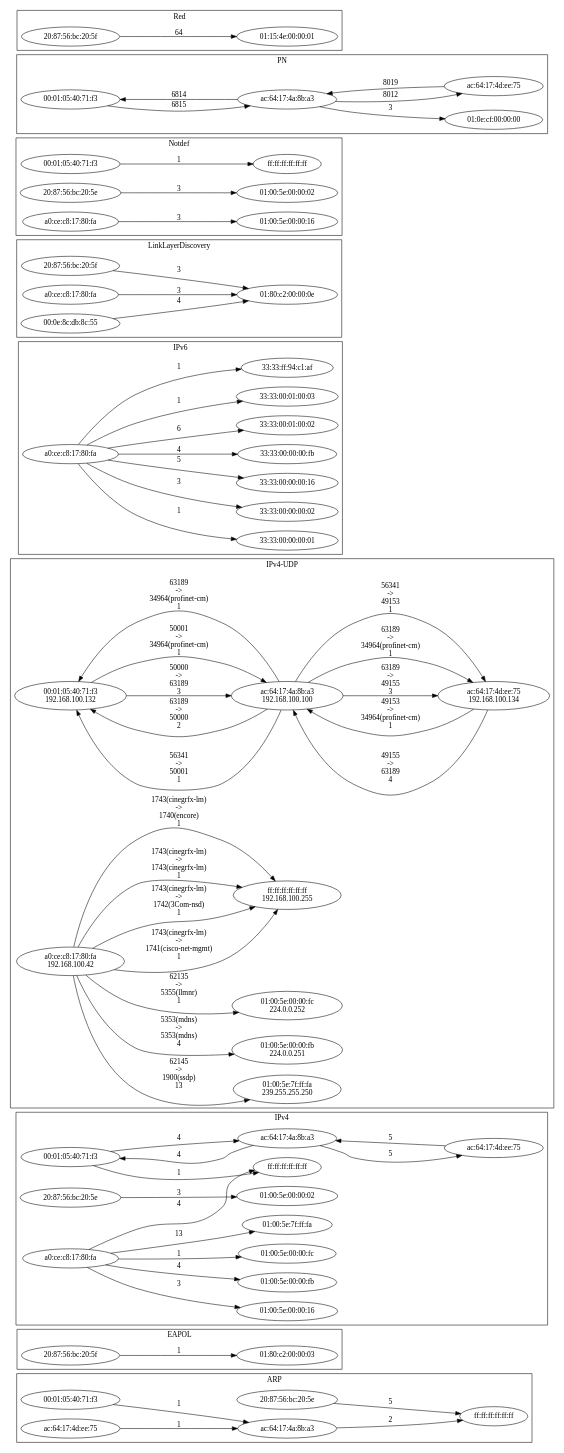
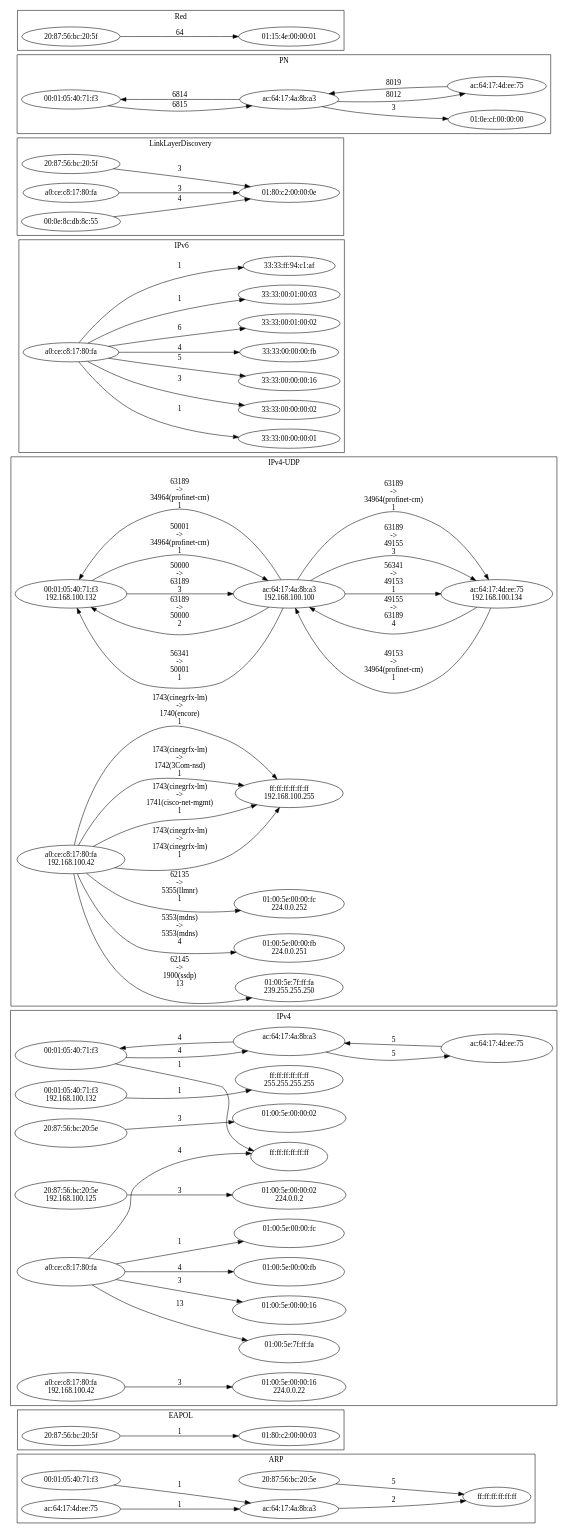
One commit to profAW/neTTool changed the diagram in results/networkgraph.gv. Above: the diagram before and after it, drawn with Graphviz. The commit also changed 15 other files, not shown here.

```diff
--- a/results/networkgraph.gv
+++ b/results/networkgraph.gv
@@ -1,148 +1,148 @@
 digraph  {
  rankdir= LR;
 
 	subgraph cluster_s1 {
 		label="ARP";
-		n46[label="00:01:05:40:71:f3"];
-		n11[label="20:87:56:bc:20:5e"];
-		n38[label="ac:64:17:4a:8b:a3"];
-		n43[label="ac:64:17:4d:ee:75"];
-		n12[label="ff:ff:ff:ff:ff:ff"];
-		n46->n38[label="1"];
-		n11->n12[label="5"];
-		n38->n12[label="2"];
-		n43->n38[label="1"];
+		n47[label="00:01:05:40:71:f3"];
+		n53[label="20:87:56:bc:20:5e"];
+		n43[label="ac:64:17:4a:8b:a3"];
+		n42[label="ac:64:17:4d:ee:75"];
+		n54[label="ff:ff:ff:ff:ff:ff"];
+		n47->n43[label="1"];
+		n53->n54[label="5"];
+		n43->n54[label="2"];
+		n42->n43[label="1"];
 		
 	}
 	subgraph cluster_s8 {
 		label="EAPOL";
-		n23[label="01:80:c2:00:00:03"];
-		n22[label="20:87:56:bc:20:5f"];
-		n22->n23[label="1"];
+		n25[label="01:80:c2:00:00:03"];
+		n24[label="20:87:56:bc:20:5f"];
+		n24->n25[label="1"];
 		
 	}
 	subgraph cluster_s2 {
 		label="IPv4";
-		n20[label="00:01:05:40:71:f3"];
-		n33[label="01:00:5e:00:00:02"];
-		n55[label="01:00:5e:00:00:16"];
-		n36[label="01:00:5e:00:00:fb"];
-		n60[label="01:00:5e:00:00:fc"];
-		n58[label="01:00:5e:7f:ff:fa"];
-		n32[label="20:87:56:bc:20:5e"];
-		n28[label="a0:ce:c8:17:80:fa"];
-		n31[label="ac:64:17:4a:8b:a3"];
-		n53[label="ac:64:17:4d:ee:75"];
-		n21[label="ff:ff:ff:ff:ff:ff"];
-		n20->n21[label="1"];
-		n20->n31[label="4"];
-		n32->n33[label="3"];
-		n28->n21[label="4"];
-		n28->n36[label="4"];
-		n28->n55[label="3"];
-		n28->n58[label="13"];
-		n28->n60[label="1"];
-		n31->n20[label="4"];
-		n31->n53[label="5"];
-		n53->n31[label="5"];
+		n14[label="00:01:05:40:71:f3 \n "];
+		n55[label="00:01:05:40:71:f3 \n 192.168.100.132"];
+		n34[label="01:00:5e:00:00:02 \n "];
+		n36[label="01:00:5e:00:00:02 \n 224.0.0.2"];
+		n21[label="01:00:5e:00:00:16 \n "];
+		n41[label="01:00:5e:00:00:16 \n 224.0.0.22"];
+		n48[label="01:00:5e:00:00:fb \n "];
+		n20[label="01:00:5e:00:00:fc \n "];
+		n59[label="01:00:5e:7f:ff:fa \n "];
+		n33[label="20:87:56:bc:20:5e \n "];
+		n35[label="20:87:56:bc:20:5e \n 192.168.100.125"];
+		n19[label="a0:ce:c8:17:80:fa \n "];
+		n40[label="a0:ce:c8:17:80:fa \n 192.168.100.42"];
+		n13[label="ac:64:17:4a:8b:a3 \n "];
+		n18[label="ac:64:17:4d:ee:75 \n "];
+		n15[label="ff:ff:ff:ff:ff:ff \n "];
+		n56[label="ff:ff:ff:ff:ff:ff \n 255.255.255.255"];
+		n14->n15[label="1"];
+		n14->n13[label="4"];
+		n55->n56[label="1"];
+		n33->n34[label="3"];
+		n35->n36[label="3"];
+		n19->n20[label="1"];
+		n19->n21[label="3"];
+		n19->n48[label="4"];
+		n19->n15[label="4"];
+		n19->n59[label="13"];
+		n40->n41[label="3"];
+		n13->n14[label="4"];
+		n13->n18[label="5"];
+		n18->n13[label="5"];
 		
 	}
 	subgraph cluster_s4 {
 		label="IPv4-TCP";
 		
 	}
 	subgraph cluster_s3 {
 		label="IPv4-UDP";
-		n19[label="00:01:05:40:71:f3 \n 192.168.100.132"];
-		n54[label="01:00:5e:00:00:fb \n 224.0.0.251"];
-		n56[label="01:00:5e:00:00:fc \n 224.0.0.252"];
-		n47[label="01:00:5e:7f:ff:fa \n 239.255.255.250"];
-		n29[label="a0:ce:c8:17:80:fa \n 192.168.100.42"];
-		n18[label="ac:64:17:4a:8b:a3 \n 192.168.100.100"];
-		n27[label="ac:64:17:4d:ee:75 \n 192.168.100.134"];
-		n30[label="ff:ff:ff:ff:ff:ff \n 192.168.100.255"];
-		n19->n18[label="50000 \n-> \n63189 \n 3"];
-		n19->n18[label="50001 \n-> \n34964(profinet-cm) \n 1"];
-		n29->n30[label="1743(cinegrfx-lm) \n-> \n1740(encore) \n 1"];
-		n29->n30[label="1743(cinegrfx-lm) \n-> \n1741(cisco-net-mgmt) \n 1"];
-		n29->n47[label="62145 \n-> \n1900(ssdp) \n 13"];
-		n29->n54[label="5353(mdns) \n-> \n5353(mdns) \n 4"];
-		n29->n30[label="1743(cinegrfx-lm) \n-> \n1742(3Com-nsd) \n 1"];
-		n29->n56[label="62135 \n-> \n5355(llmnr) \n 1"];
-		n29->n30[label="1743(cinegrfx-lm) \n-> \n1743(cinegrfx-lm) \n 1"];
-		n18->n19[label="63189 \n-> \n34964(profinet-cm) \n 1"];
-		n18->n27[label="63189 \n-> \n49155 \n 3"];
-		n18->n27[label="63189 \n-> \n34964(profinet-cm) \n 1"];
-		n18->n19[label="56341 \n-> \n50001 \n 1"];
-		n18->n27[label="56341 \n-> \n49153 \n 1"];
-		n18->n19[label="63189 \n-> \n50000 \n 2"];
-		n27->n18[label="49155 \n-> \n63189 \n 4"];
-		n27->n18[label="49153 \n-> \n34964(profinet-cm) \n 1"];
+		n31[label="00:01:05:40:71:f3 \n 192.168.100.132"];
+		n23[label="01:00:5e:00:00:fb \n 224.0.0.251"];
+		n12[label="01:00:5e:00:00:fc \n 224.0.0.252"];
+		n50[label="01:00:5e:7f:ff:fa \n 239.255.255.250"];
+		n11[label="a0:ce:c8:17:80:fa \n 192.168.100.42"];
+		n27[label="ac:64:17:4a:8b:a3 \n 192.168.100.100"];
+		n26[label="ac:64:17:4d:ee:75 \n 192.168.100.134"];
+		n22[label="ff:ff:ff:ff:ff:ff \n 192.168.100.255"];
+		n31->n27[label="50000 \n-> \n63189 \n 3"];
+		n31->n27[label="50001 \n-> \n34964(profinet-cm) \n 1"];
+		n11->n12[label="62135 \n-> \n5355(llmnr) \n 1"];
+		n11->n22[label="1743(cinegrfx-lm) \n-> \n1740(encore) \n 1"];
+		n11->n23[label="5353(mdns) \n-> \n5353(mdns) \n 4"];
+		n11->n22[label="1743(cinegrfx-lm) \n-> \n1743(cinegrfx-lm) \n 1"];
+		n11->n50[label="62145 \n-> \n1900(ssdp) \n 13"];
+		n11->n22[label="1743(cinegrfx-lm) \n-> \n1741(cisco-net-mgmt) \n 1"];
+		n11->n22[label="1743(cinegrfx-lm) \n-> \n1742(3Com-nsd) \n 1"];
+		n27->n26[label="56341 \n-> \n49153 \n 1"];
+		n27->n31[label="63189 \n-> \n34964(profinet-cm) \n 1"];
+		n27->n26[label="63189 \n-> \n49155 \n 3"];
+		n27->n26[label="63189 \n-> \n34964(profinet-cm) \n 1"];
+		n27->n31[label="56341 \n-> \n50001 \n 1"];
+		n27->n31[label="63189 \n-> \n50000 \n 2"];
+		n26->n27[label="49153 \n-> \n34964(profinet-cm) \n 1"];
+		n26->n27[label="49155 \n-> \n63189 \n 4"];
 		
 	}
 	subgraph cluster_s5 {
 		label="IPv6";
-		n37[label="33:33:00:00:00:01"];
-		n26[label="33:33:00:00:00:02"];
-		n14[label="33:33:00:00:00:16"];
-		n48[label="33:33:00:00:00:fb"];
-		n15[label="33:33:00:01:00:02"];
-		n57[label="33:33:00:01:00:03"];
-		n59[label="33:33:ff:94:c1:af"];
-		n13[label="a0:ce:c8:17:80:fa"];
-		n13->n14[label="5"];
-		n13->n15[label="6"];
-		n13->n26[label="3"];
-		n13->n37[label="1"];
-		n13->n48[label="4"];
-		n13->n57[label="1"];
-		n13->n59[label="1"];
+		n58[label="33:33:00:00:00:01"];
+		n57[label="33:33:00:00:00:02"];
+		n29[label="33:33:00:00:00:16"];
+		n30[label="33:33:00:00:00:fb"];
+		n60[label="33:33:00:01:00:02"];
+		n32[label="33:33:00:01:00:03"];
+		n39[label="33:33:ff:94:c1:af"];
+		n28[label="a0:ce:c8:17:80:fa"];
+		n28->n29[label="5"];
+		n28->n30[label="4"];
+		n28->n32[label="1"];
+		n28->n39[label="1"];
+		n28->n57[label="3"];
+		n28->n58[label="1"];
+		n28->n60[label="6"];
 		
 	}
 	subgraph cluster_s9 {
 		label="LinkLayerDiscovery";
-		n39[label="00:0e:8c:db:8c:55"];
-		n40[label="01:80:c2:00:00:0e"];
-		n41[label="20:87:56:bc:20:5f"];
-		n42[label="a0:ce:c8:17:80:fa"];
-		n39->n40[label="4"];
-		n41->n40[label="3"];
-		n42->n40[label="3"];
+		n37[label="00:0e:8c:db:8c:55"];
+		n38[label="01:80:c2:00:00:0e"];
+		n49[label="20:87:56:bc:20:5f"];
+		n44[label="a0:ce:c8:17:80:fa"];
+		n37->n38[label="4"];
+		n49->n38[label="3"];
+		n44->n38[label="3"];
 		
 	}
 	subgraph cluster_s10 {
 		label="Notdef";
-		n49[label="00:01:05:40:71:f3"];
-		n45[label="01:00:5e:00:00:02"];
-		n17[label="01:00:5e:00:00:16"];
-		n44[label="20:87:56:bc:20:5e"];
-		n16[label="a0:ce:c8:17:80:fa"];
-		n50[label="ff:ff:ff:ff:ff:ff"];
-		n49->n50[label="1"];
-		n44->n45[label="3"];
-		n16->n17[label="3"];
 		
 	}
 	subgraph cluster_s6 {
 		label="PN";
-		n24[label="00:01:05:40:71:f3"];
-		n35[label="01:0e:cf:00:00:00"];
-		n25[label="ac:64:17:4a:8b:a3"];
-		n34[label="ac:64:17:4d:ee:75"];
-		n24->n25[label="6815"];
-		n25->n34[label="8012"];
-		n25->n35[label="3"];
-		n25->n24[label="6814"];
-		n34->n25[label="8019"];
+		n52[label="00:01:05:40:71:f3"];
+		n51[label="01:0e:cf:00:00:00"];
+		n16[label="ac:64:17:4a:8b:a3"];
+		n17[label="ac:64:17:4d:ee:75"];
+		n52->n16[label="6815"];
+		n16->n17[label="8012"];
+		n16->n51[label="3"];
+		n16->n52[label="6814"];
+		n17->n16[label="8019"];
 		
 	}
 	subgraph cluster_s7 {
 		label="Red";
-		n52[label="01:15:4e:00:00:01"];
-		n51[label="20:87:56:bc:20:5f"];
-		n51->n52[label="64"];
+		n46[label="01:15:4e:00:00:01"];
+		n45[label="20:87:56:bc:20:5f"];
+		n45->n46[label="64"];
 		
 	}
 	
 	
 }
```
